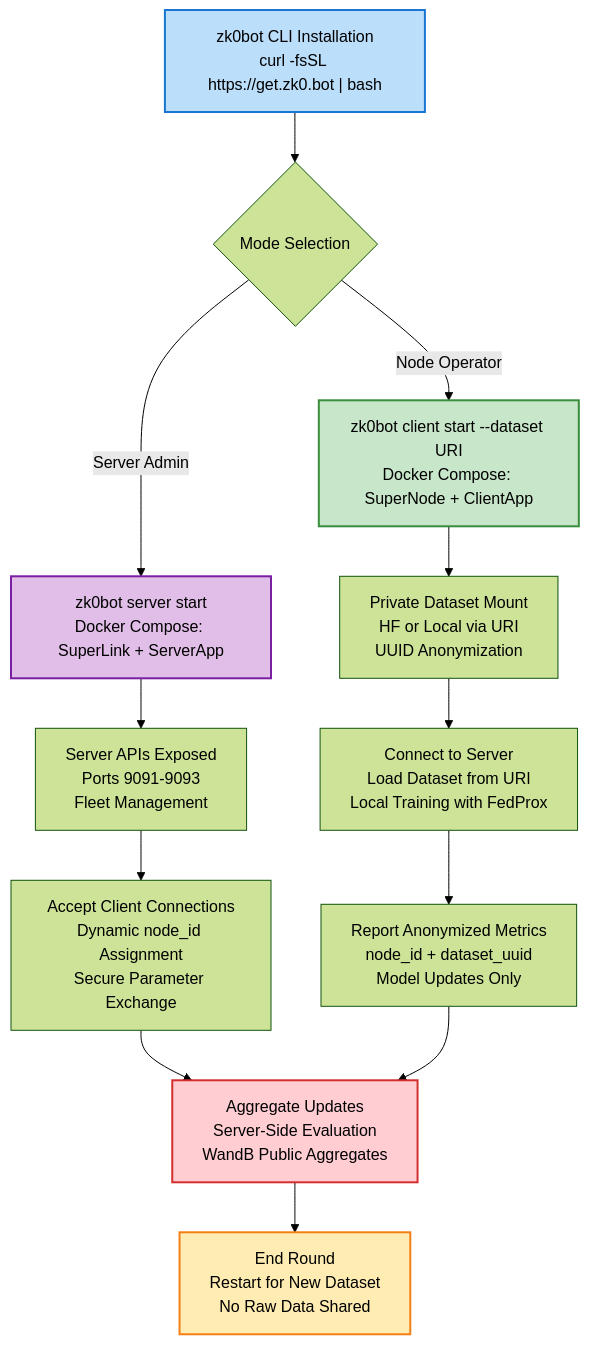
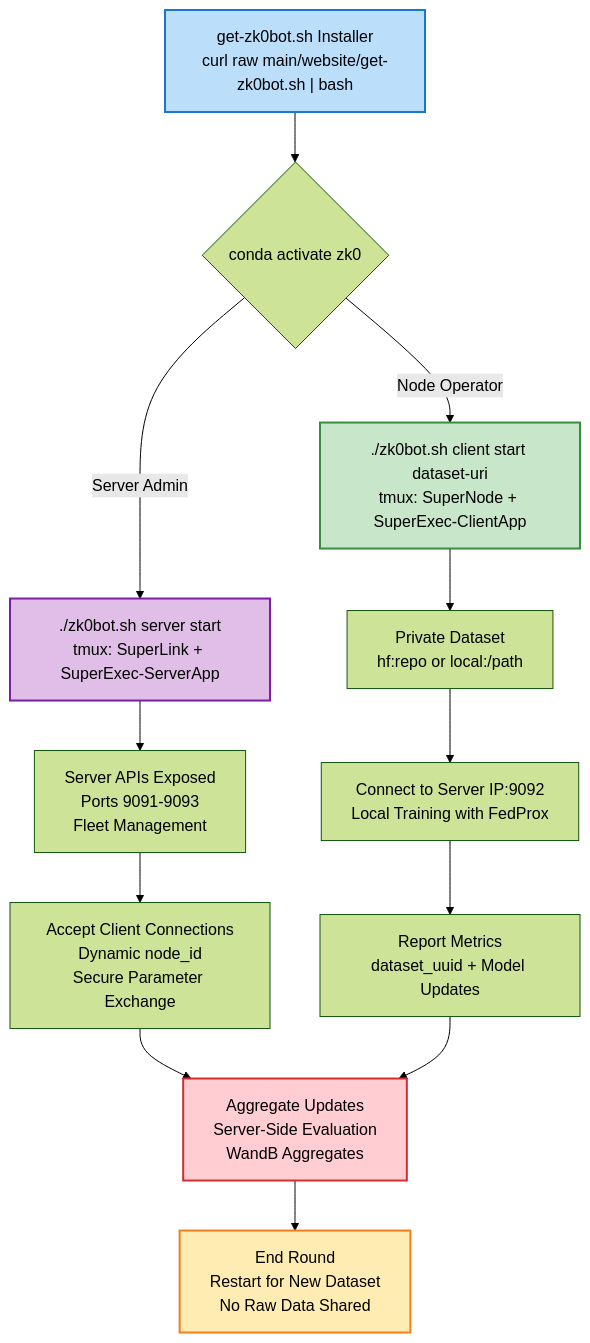
Before and after one commit to ivelin/zk0: the second of 2 diagrams in docs/ARCHITECTURE.md, drawn with Mermaid (forest theme). The commit also changed other lines of this file and 11 other files, not shown here.

````diff
--- a/docs/ARCHITECTURE.md
+++ b/docs/ARCHITECTURE.md
@@ -130,19 +130,20 @@
 ```mermaid
 graph TD
-    A["zk0bot CLI Installation<br/>curl -fsSL https://get.zk0.bot | bash"] --> B{"Mode Selection"}
-    B -->|Server Admin| C["zk0bot server start<br/>Docker Compose: SuperLink + ServerApp"]
-    B -->|Node Operator| D["zk0bot client start --dataset URI<br/>Docker Compose: SuperNode + ClientApp"]
+    A["get-zk0bot.sh Installer<br/>curl raw main/website/get-zk0bot.sh | bash"] --> B{"conda activate zk0"}
+    B -->|Server Admin| C["./zk0bot.sh server start<br/>tmux: SuperLink + SuperExec-ServerApp"]
+    B -->|Node Operator| D["./zk0bot.sh client start dataset-uri<br/>tmux: SuperNode + SuperExec-ClientApp"]
     C --> E["Server APIs Exposed<br/>Ports 9091-9093<br/>Fleet Management"]
-    D --> F["Private Dataset Mount<br/>HF or Local via URI<br/>UUID Anonymization"]
-    E --> G["Accept Client Connections<br/>Dynamic node_id Assignment<br/>Secure Parameter Exchange"]
-    F --> H["Connect to Server<br/>Load Dataset from URI<br/>Local Training with FedProx"]
-    H --> I["Report Anonymized Metrics<br/>node_id + dataset_uuid<br/>Model Updates Only"]
-    G --> J["Aggregate Updates<br/>Server-Side Evaluation<br/>WandB Public Aggregates"]
+    D --> F["Private Dataset<br/>hf:repo or local:/path"]
+    E --> G["Accept Client Connections<br/>Dynamic node_id<br/>Secure Parameter Exchange"]
+    F --> H["Connect to Server IP:9092<br/>Local Training with FedProx"]
+    H --> I["Report Metrics<br/>dataset_uuid + Model Updates"]
+    G --> J["Aggregate Updates<br/>Server-Side Evaluation<br/>WandB Aggregates"]
     I --> J
     J --> K["End Round<br/>Restart for New Dataset<br/>No Raw Data Shared"]
+
     style A fill:#BBDEFB,stroke:#1976D2,stroke-width:2px,color:#000
     style C fill:#E1BEE7,stroke:#7B1FA2,stroke-width:2px,color:#000
     style D fill:#C8E6C9,stroke:#388E3C,stroke-width:2px,color:#000
     style J fill:#FFCDD2,stroke:#D32F2F,stroke-width:2px,color:#000
     style K fill:#FFECB3,stroke:#F57F17,stroke-width:2px,color:#000
 ```
````
